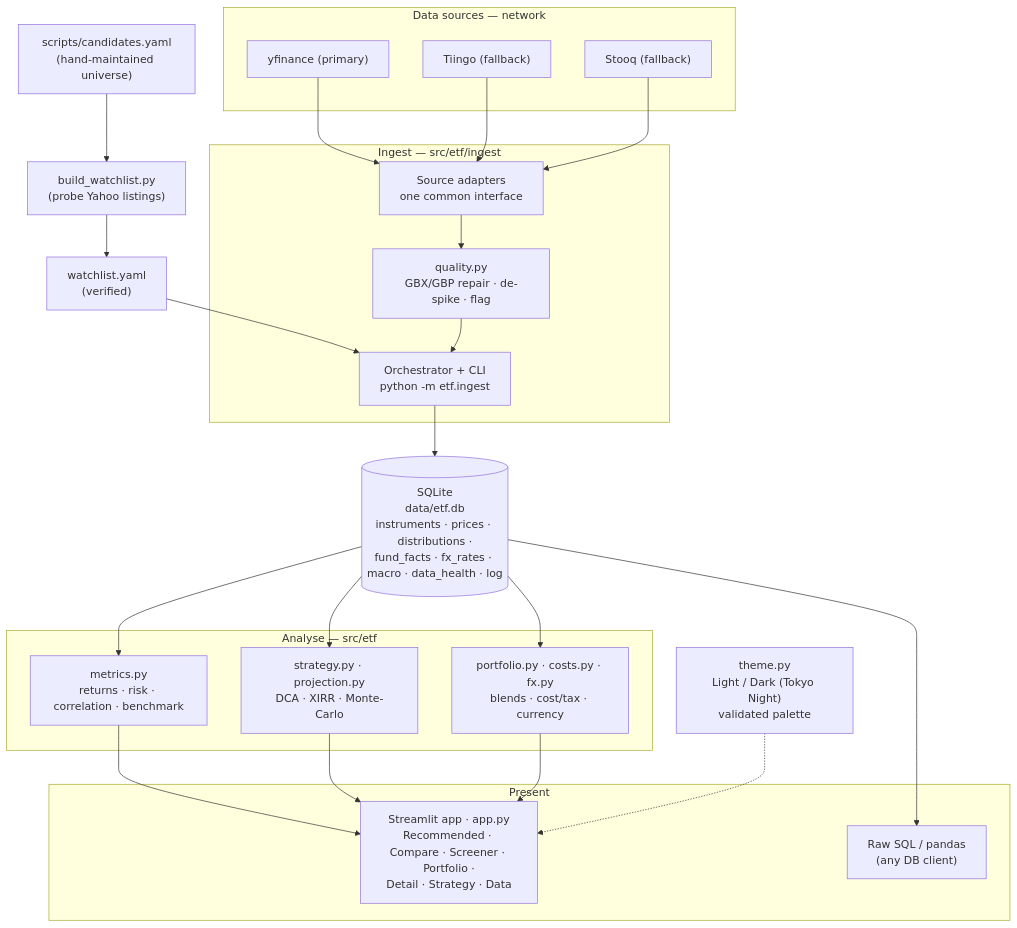
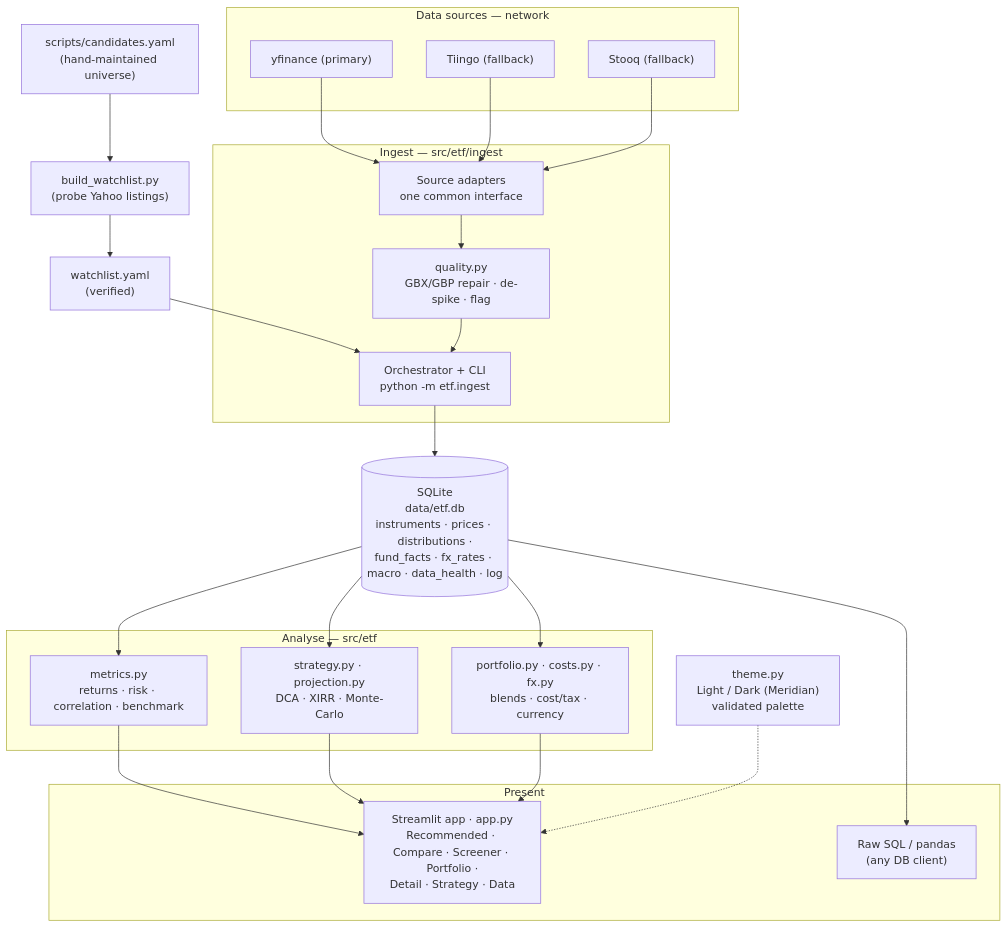
Before and after one commit to samalyarov/etf_comparison: the diagram in README.md, drawn with Mermaid. The commit also changed other lines of this file and 1 other file, not shown here.

Commit message:
Document the Meridian visual redesign in CHANGELOG and README

````diff
--- a/README.md
+++ b/README.md
@@ -56,43 +56,43 @@
 ```mermaid
 flowchart TD
     CAND["scripts/candidates.yaml<br/>(hand-maintained universe)"] --> BW["build_watchlist.py<br/>(probe Yahoo listings)"]
     BW --> WL["watchlist.yaml<br/>(verified)"]
 
     subgraph SRC["Data sources — network"]
         Y["yfinance (primary)"]
         TI["Tiingo (fallback)"]
         ST["Stooq (fallback)"]
     end
 
     subgraph ING["Ingest — src/etf/ingest"]
         AD["Source adapters<br/>one common interface"]
         ORC["Orchestrator + CLI<br/>python -m etf.ingest"]
         QC["quality.py<br/>GBX/GBP repair · de-spike · flag"]
     end
 
     DB[("SQLite<br/>data/etf.db<br/>instruments · prices · distributions ·<br/>fund_facts · fx_rates · macro · data_health · log")]
 
     subgraph ANA["Analyse — src/etf"]
         MET["metrics.py<br/>returns · risk · correlation · benchmark"]
         STR["strategy.py · projection.py<br/>DCA · XIRR · Monte-Carlo"]
         POR["portfolio.py · costs.py · fx.py<br/>blends · cost/tax · currency"]
     end
 
     subgraph PRE["Present"]
         UI["Streamlit app · app.py<br/>Recommended · Compare · Screener · Portfolio ·<br/>Detail · Strategy · Data"]
         RAW["Raw SQL / pandas<br/>(any DB client)"]
     end
 
-    THEME["theme.py<br/>Light / Dark (Tokyo Night)<br/>validated palette"]
+    THEME["theme.py<br/>Light / Dark (Meridian)<br/>validated palette"]
 
     WL --> ORC
     Y --> AD
     TI --> AD
     ST --> AD
     AD --> QC --> ORC --> DB
     DB --> MET --> UI
     DB --> STR --> UI
     DB --> POR --> UI
     DB --> RAW
     THEME -.-> UI
 ```
````
